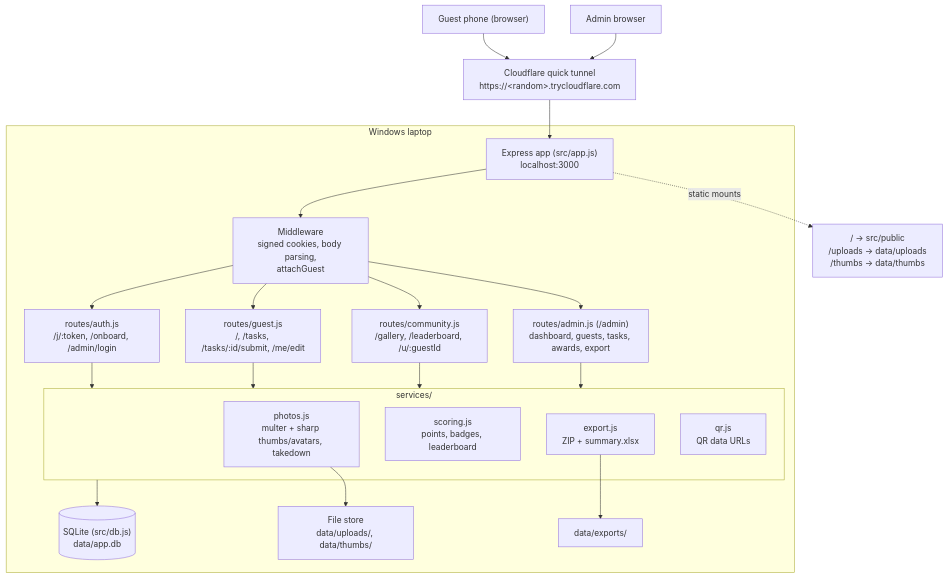
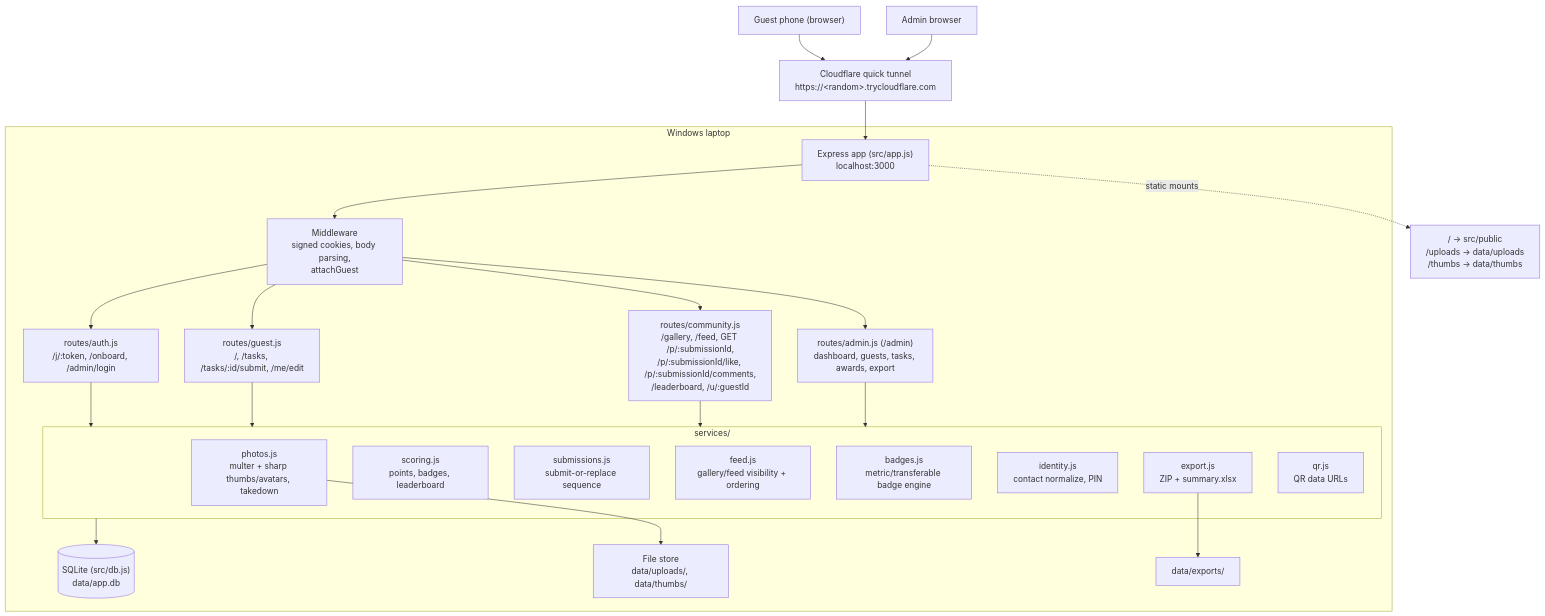
The first of 2 diagrams in docs/architecture.md (TrevorHumble/TaskMasterWedding), drawn with Mermaid before and after one commit. The commit also changed other lines of this file and 2 other files, not shown here.

````diff
--- a/docs/architecture.md
+++ b/docs/architecture.md
@@ -9,33 +9,37 @@
 ```mermaid
 flowchart TD
     phone["Guest phone (browser)"] --> tunnel
     admin["Admin browser"] --> tunnel
     tunnel["Cloudflare quick tunnel<br/>https://&lt;random&gt;.trycloudflare.com"] --> express
 
     subgraph laptop["Windows laptop"]
         express["Express app (src/app.js)<br/>localhost:3000"]
         express --> mw["Middleware<br/>signed cookies, body parsing,<br/>attachGuest"]
         mw --> auth["routes/auth.js<br/>/j/:token, /onboard, /admin/login"]
         mw --> guest["routes/guest.js<br/>/, /tasks, /tasks/:id/submit, /me/edit"]
-        mw --> community["routes/community.js<br/>/gallery, /leaderboard, /u/:guestId"]
+        mw --> community["routes/community.js<br/>/gallery, /feed, GET /p/:submissionId,<br/>/p/:submissionId/like, /p/:submissionId/comments,<br/>/leaderboard, /u/:guestId"]
         mw --> adminr["routes/admin.js (/admin)<br/>dashboard, guests, tasks, awards, export"]
 
         auth --> svc
         guest --> svc
         community --> svc
         adminr --> svc
 
         subgraph svc["services/"]
             photos["photos.js<br/>multer + sharp thumbs/avatars, takedown"]
             scoring["scoring.js<br/>points, badges, leaderboard"]
+            submissions["submissions.js<br/>submit-or-replace sequence"]
+            feed["feed.js<br/>gallery/feed visibility + ordering"]
+            badges["badges.js<br/>metric/transferable badge engine"]
+            identity["identity.js<br/>contact normalize, PIN"]
             export["export.js<br/>ZIP + summary.xlsx"]
             qr["qr.js<br/>QR data URLs"]
         end
 
         svc --> db[("SQLite (src/db.js)<br/>data/app.db")]
         photos --> files["File store<br/>data/uploads/, data/thumbs/"]
         export --> exports["data/exports/"]
     end
 
     express -. "static mounts" .-> static["/ → src/public<br/>/uploads → data/uploads<br/>/thumbs → data/thumbs"]
 ```
````
